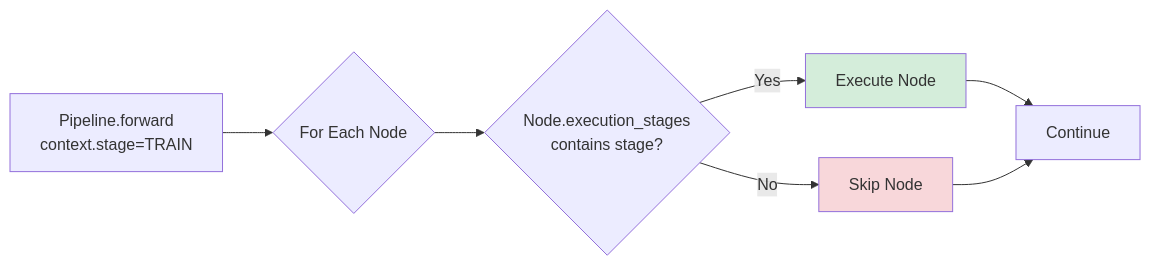
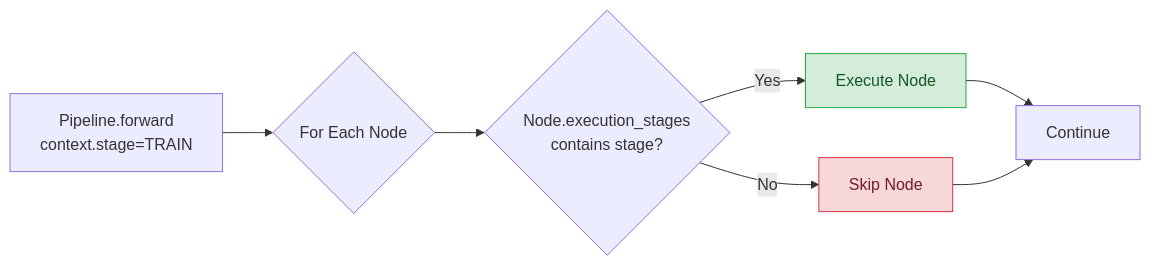
One commit to cubert-hyperspectral/cuvis-ai changed the first of 2 diagrams in docs/concepts/execution-stages.md. Above: the diagram before and after it, drawn with Mermaid. The commit also changed other lines of this file and 18 other files, not shown here.

First line of the commit message:
docs(theme): use classDef for Mermaid styling and tighten cross-page copy

````diff
--- a/docs/concepts/execution-stages.md
+++ b/docs/concepts/execution-stages.md
@@ -50,11 +50,13 @@
 ```mermaid
 graph LR
     A[Pipeline.forward<br/>context.stage=TRAIN] --> B{For Each Node}
     B --> C{Node.execution_stages<br/>contains stage?}
     C -->|Yes| D[Execute Node]
     C -->|No| E[Skip Node]
     D --> F[Continue]
     E --> F
-    style D fill:#d4edda
-    style E fill:#f8d7da
+    classDef success fill:#d4edda,stroke:#28a745,color:#155724
+    classDef error fill:#f8d7da,stroke:#dc3545,color:#721c24
+    class D success
+    class E error
 ```
````
